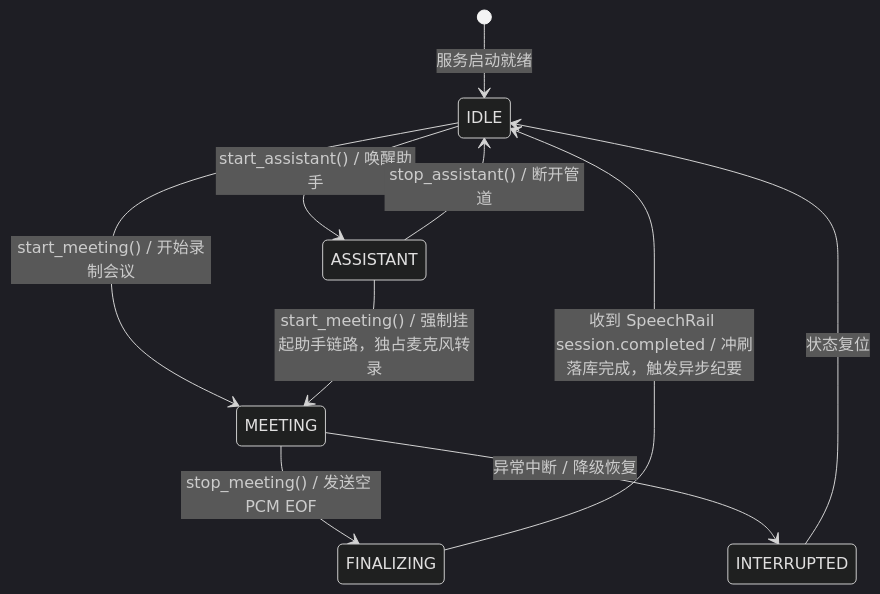
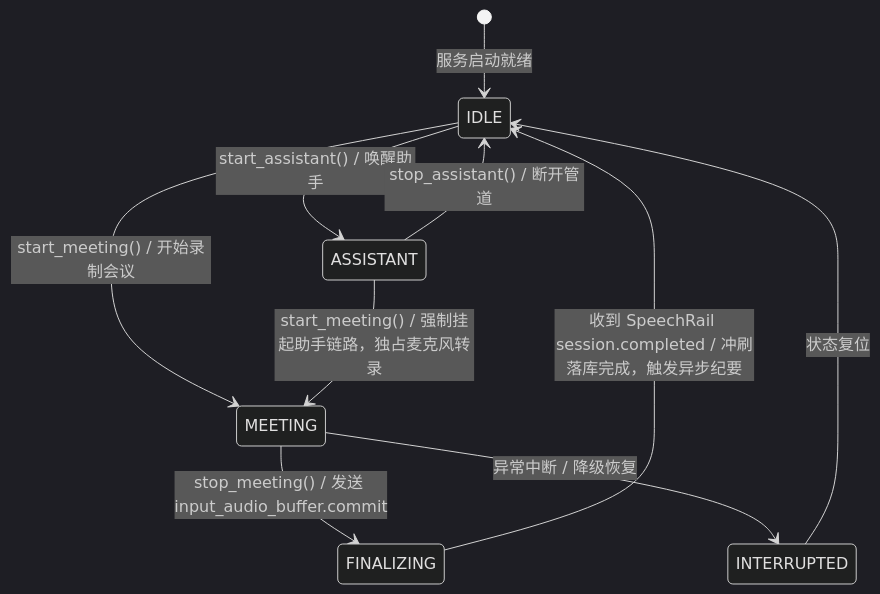
One commit to hrygo/voice-realtime changed the second of 2 diagrams in docs/architecture/全链路语音交互与会议助手-技术方案与实施方案.md. Above: the diagram before and after it, drawn with Mermaid (dark theme). The commit also changed other lines of this file and 28 other files, not shown here.

````diff
--- a/docs/architecture/全链路语音交互与会议助手-技术方案与实施方案.md
+++ b/docs/architecture/全链路语音交互与会议助手-技术方案与实施方案.md
@@ -135,14 +139,14 @@
 ```mermaid
 stateDiagram-v2
     [*] --> IDLE : 服务启动就绪
     IDLE --> ASSISTANT : start_assistant() / 唤醒助手
     ASSISTANT --> IDLE : stop_assistant() / 断开管道
 
     IDLE --> MEETING : start_meeting() / 开始录制会议
     ASSISTANT --> MEETING : start_meeting() / 强制挂起助手链路，独占麦克风转录
-    MEETING --> FINALIZING : stop_meeting() / 发送空 PCM EOF
+    MEETING --> FINALIZING : stop_meeting() / 发送 input_audio_buffer.commit
     FINALIZING --> IDLE : 收到 SpeechRail session.completed / 冲刷落库完成，触发异步纪要
 
     MEETING --> INTERRUPTED : 异常中断 / 降级恢复
     INTERRUPTED --> IDLE : 状态复位
 ```
````
